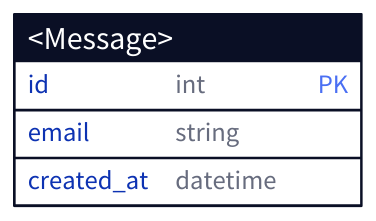
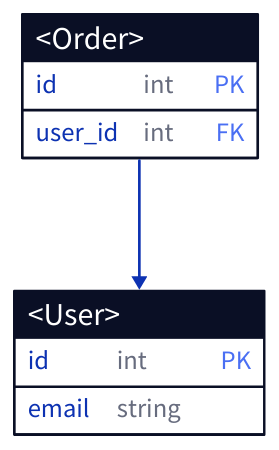
Before and after one commit to ATkingma/KingmaDoc: the sixth of 7 diagrams in skill/explaining-code/SKILL.md, drawn with D2. The commit also changed other lines of this file and 1 other file, not shown here.

````diff
--- a/skill/explaining-code/SKILL.md
+++ b/skill/explaining-code/SKILL.md
@@ -119,8 +141,13 @@
 ```d2
-message: <Message> {
+user: <User> {
   shape: sql_table
   id: int {constraint: primary_key}
   email: string
-  created_at: datetime
 }
+order: <Order> {
+  shape: sql_table
+  id: int {constraint: primary_key}
+  user_id: int {constraint: foreign_key}
+}
+order.user_id -> user.id
 ```
````
